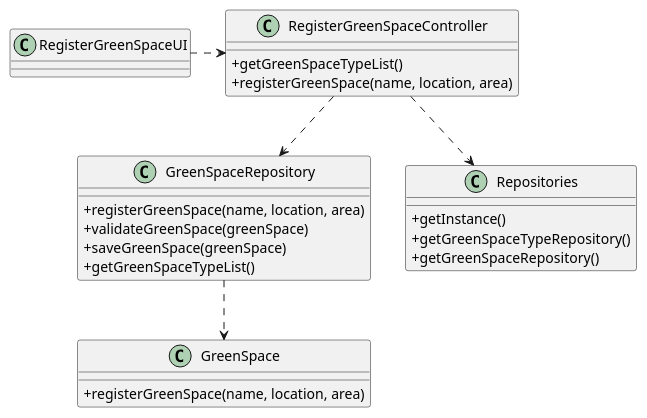
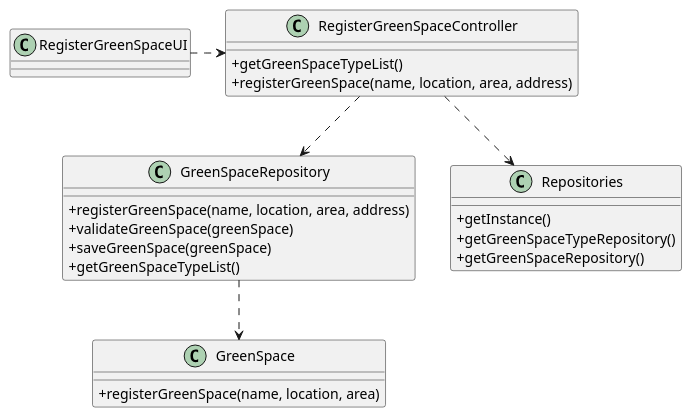
Before and after one commit to rpedros02/lei-24-s2-1DL-g08: the diagram in docs/sprintC/us020/03.design/puml/us020-class-diagram.puml, drawn with PlantUML. The commit also changed 15 other files, not shown here.

```diff
--- a/docs/sprintC/us020/03.design/puml/us020-class-diagram.puml
+++ b/docs/sprintC/us020/03.design/puml/us020-class-diagram.puml
@@ -1,49 +1,49 @@
 @startuml
 'skinparam monochrome true
 skinparam packageStyle rectangle
 skinparam shadowing false
 skinparam linetype polyline
 'skinparam linetype orto
 
 skinparam classAttributeIconSize 0
 
 
 class GreenSpace {
     + registerGreenSpace(name, location, area)
 }
 
 class GreenSpaceRepository {
-    + registerGreenSpace(name, location, area)
+    + registerGreenSpace(name, location, area, address)
     + validateGreenSpace(greenSpace)
     + saveGreenSpace(greenSpace)
     + getGreenSpaceTypeList()
 
 }
 
 class Repositories {
     + getInstance()
     + getGreenSpaceTypeRepository()
     + getGreenSpaceRepository()
 
 }
 
 
 class RegisterGreenSpaceController {
     + getGreenSpaceTypeList()
-    + registerGreenSpace(name, location, area)
+    + registerGreenSpace(name, location, area, address)
 
 }
 
 class RegisterGreenSpaceUI {
 }
 
 
 RegisterGreenSpaceUI .right.> RegisterGreenSpaceController
 RegisterGreenSpaceController ..> GreenSpaceRepository
 RegisterGreenSpaceController ..> Repositories
 GreenSpaceRepository ..> GreenSpace
 
 
 
 
 @enduml
```
